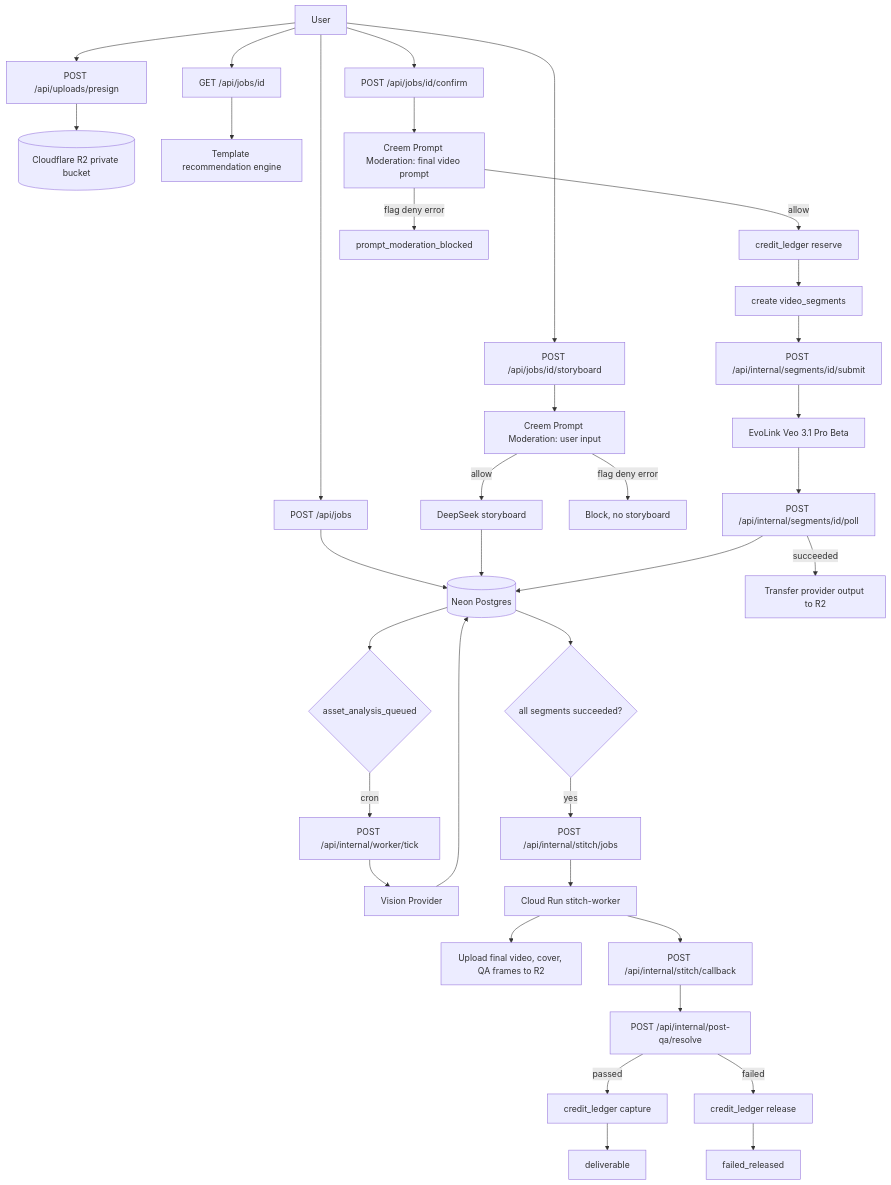
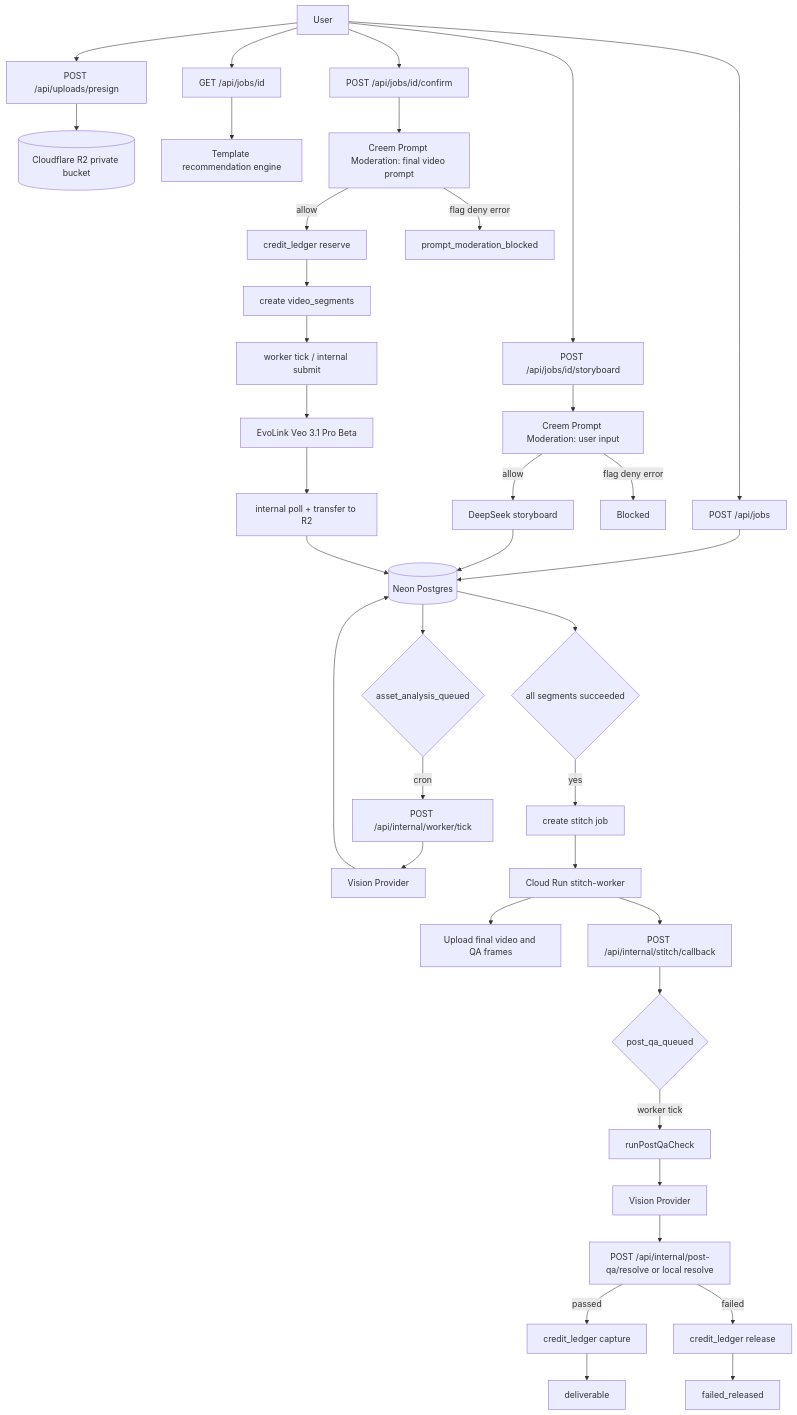
The first of 3 diagrams in docs/API_FLOW.md (Hamer-2014/A_AIClothesVideo), drawn with Mermaid before and after one commit. The commit also changed other lines of this file and 27 other files, not shown here.

````diff
--- a/docs/API_FLOW.md
+++ b/docs/API_FLOW.md
@@ -52,38 +64,40 @@
 ```mermaid
 flowchart TD
   U[User] --> A[POST /api/uploads/presign]
   A --> R2[(Cloudflare R2 private bucket)]
   U --> B[POST /api/jobs]
   B --> DB[(Neon Postgres)]
   DB --> C{asset_analysis_queued}
   C -->|cron| T[POST /api/internal/worker/tick]
   T --> V[Vision Provider]
   V --> DB
   U --> D[GET /api/jobs/id]
   D --> REC[Template recommendation engine]
   U --> E[POST /api/jobs/id/storyboard]
   E --> M1[Creem Prompt Moderation: user input]
   M1 -->|allow| DS[DeepSeek storyboard]
-  M1 -->|flag deny error| BLOCK1[Block, no storyboard]
+  M1 -->|flag deny error| BLOCK1[Blocked]
   DS --> DB
   U --> F[POST /api/jobs/id/confirm]
   F --> M2[Creem Prompt Moderation: final video prompt]
   M2 -->|allow| CR[credit_ledger reserve]
   M2 -->|flag deny error| BLOCK2[prompt_moderation_blocked]
   CR --> SEG[create video_segments]
-  SEG --> G[POST /api/internal/segments/id/submit]
-  G --> EV[EvoLink Veo 3.1 Pro Beta]
-  EV --> H[POST /api/internal/segments/id/poll]
-  H -->|succeeded| R2S[Transfer provider output to R2]
-  H --> DB
-  DB --> I{all segments succeeded?}
-  I -->|yes| J[POST /api/internal/stitch/jobs]
+  SEG --> T2[worker tick / internal submit]
+  T2 --> EV[EvoLink Veo 3.1 Pro Beta]
+  EV --> P[internal poll + transfer to R2]
+  P --> DB
+  DB --> I{all segments succeeded}
+  I -->|yes| J[create stitch job]
   J --> CW[Cloud Run stitch-worker]
-  CW --> R2F[Upload final video, cover, QA frames to R2]
+  CW --> R2F[Upload final video and QA frames]
   CW --> K[POST /api/internal/stitch/callback]
-  K --> L[POST /api/internal/post-qa/resolve]
-  L -->|passed| CAP[credit_ledger capture]
-  L -->|failed| REL[credit_ledger release]
+  K --> Q{post_qa_queued}
+  Q -->|worker tick| QA[runPostQaCheck]
+  QA --> VIS[Vision Provider]
+  VIS --> RES[POST /api/internal/post-qa/resolve or local resolve]
+  RES -->|passed| CAP[credit_ledger capture]
+  RES -->|failed| REL[credit_ledger release]
   CAP --> DONE[deliverable]
   REL --> FAIL[failed_released]
 ```
````
